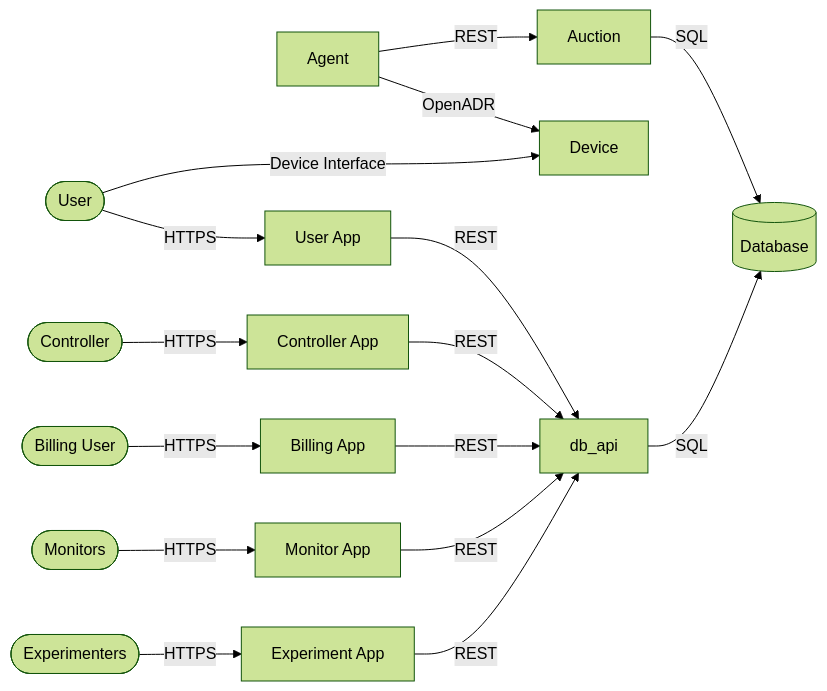
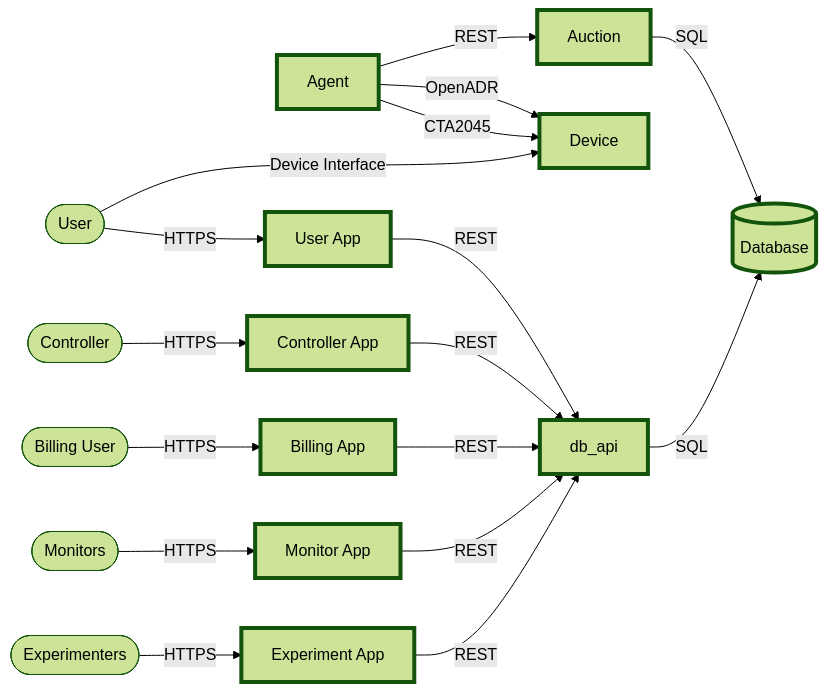
Before and after one commit to aivanova5/design: the second of 2 diagrams in docs/README.md, drawn with Mermaid (forest theme). The commit also changed other lines of this file, not shown here.

````diff
--- a/docs/README.md
+++ b/docs/README.md
@@ -57,27 +59,35 @@
 ```mermaid
 flowchart LR
 
-  agent[Agent] --"REST"--> auction[Auction] 
+  classDef active stroke-width:4px;
+
+  agent[Agent]:::active --"REST"--> auction[Auction]:::active
+    click agent "https://github.co/tess-v2/design/blob/main/docs/agent.md" _blank
+    click auction "https://github.com/tess-v2/design/blob/main/docs/auction.md" _blank
+    
+  agent --"OpenADR"--> device[Device]:::active
+  agent --"CTA2045"--> device
+    click device "https://github.com/tess-v2/design/blob/main/docs/device.md" _blank
   
-  agent --"OpenADR"--> device[Device]
   user --Device Interface--> device
   
-  auction --"SQL"--> database[(Database)]
-      click database "https://github.com/tess-v2/design/blob/main/docs/database.md" _blank
+  auction --"SQL"--> database[(Database)]:::active
+    click database "https://github.com/tess-v2/design/blob/main/docs/database.md" _blank
   
-  user([User]) --HTTPS--> user_app[User App] --REST--> database_api[db_api]:::active --SQL--> database
-      click user_app "https://github.com/tess-v2/design/blob/main/docs/users.md" _blank
+  user([User]) --HTTPS--> user_app[User App]:::active --REST--> database_api[db_api]:::active --SQL--> database
+    click user_app "https://github.com/tess-v2/design/blob/main/docs/users.md" _blank
+    click db_api "https://github.co/tess-v2/design/blob/main/docs/database.md" _blank
 
   controller([Controller]) --HTTPS--> controller_app[Controller App]:::active --REST--> database_api
       click controller_app "https://github.com/tess-v2/design/blob/main/docs/controller.md" _blank
 
   billing([Billing User]) --HTTPS--> billing_app[Billing App]:::active --REST--> database_api
       click billing_app "https://github.com/tess-v2/design/blob/main/docs/billing.md" _blank
 
   monitors([Monitors]) --HTTPS--> monitor_app[Monitor App]:::active --REST--> database_api
       click monitor_app "https://github.com/tess-v2/design/blob/main/docs/monitors.md" _blank
 
   experiment([Experimenters]) --HTTPS--> experiment_app[Experiment App]:::active --REST--> database_api
       click experiment_app "https://github.com/tess-v2/design/blob/main/docs/experimenters.md" _blank
 
 ```
````
